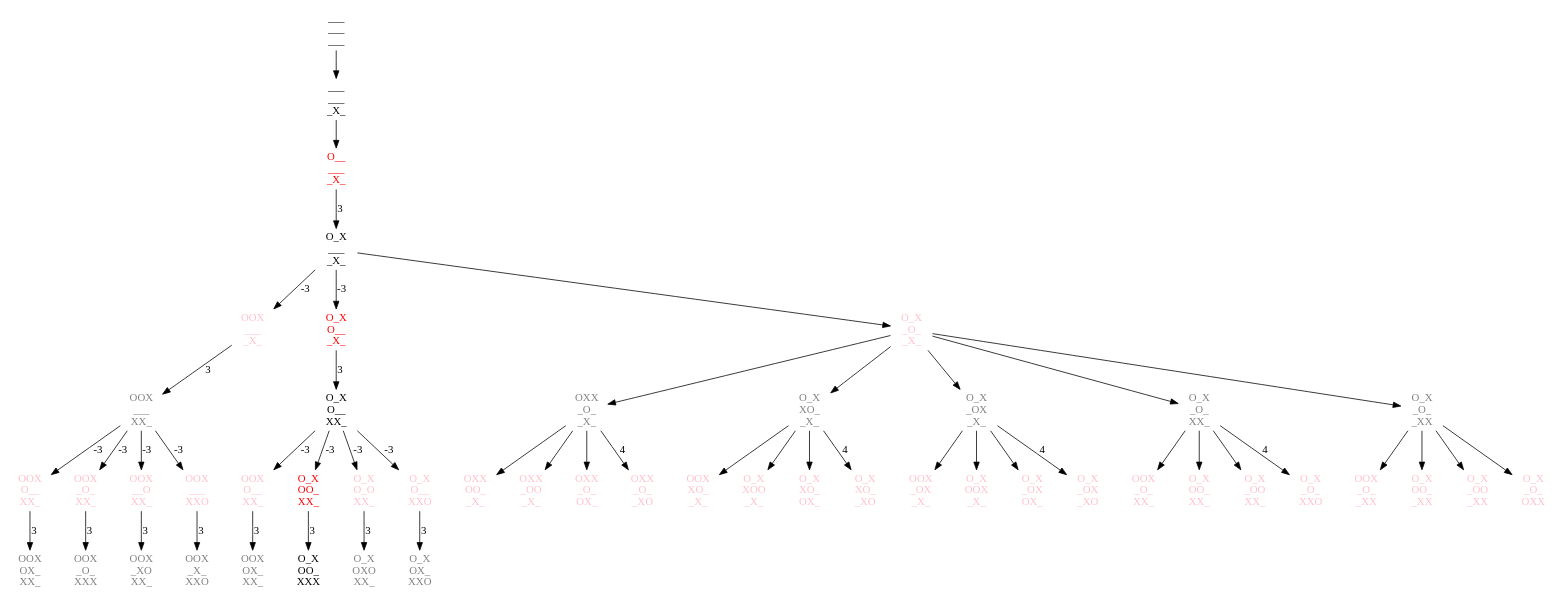
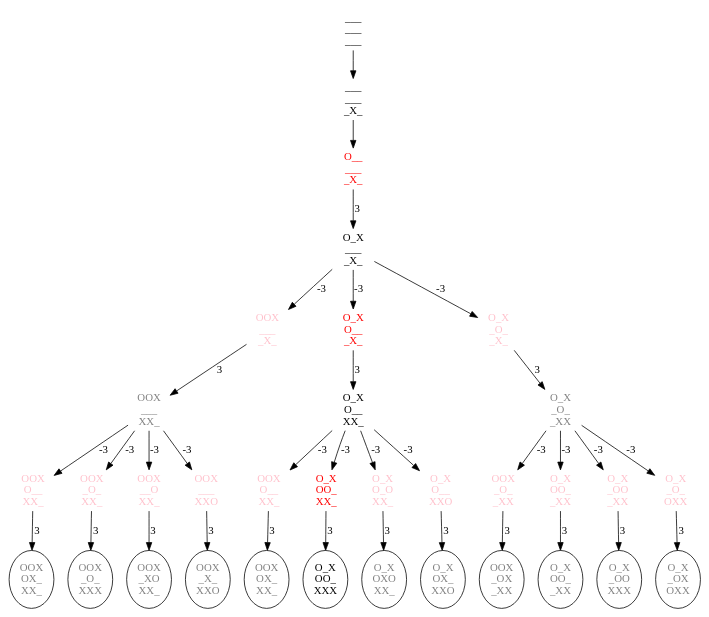
The diagram in monikas_game.dot (tybl/monorepo), drawn with Graphviz before and after one commit.

Commit message:
Explore a7024

```diff
--- a/monikas_game.dot
+++ b/monikas_game.dot
@@ -1,103 +1,115 @@
 digraph G {
   Empty [fontname="mono" fontcolor="black" shape=none label="___\n___\n___"];
   M7 [fontname="mono" fontcolor="black" shape=none label="___\n___\n_X_"];
   Empty -> M7;
   A70 [fontname="mono" fontcolor="red" shape=none label="O__\n___\n_X_"];
   M7 -> A70;
   M702 [fontname="mono" fontcolor="black" shape=none label="O_X\n___\n_X_"];
   A70 -> M702 [label="3"];
   a7021 [fontname="mono" fontcolor="pink" shape=none label="OOX\n___\n_X_"];
   M702 -> a7021 [label="-3"];
   m70216 [fontname="mono" fontcolor="grey" shape=none label="OOX\n___\nXX_"];
   a7021 -> m70216 [label="3"];
   a702163 [fontname="mono" fontcolor="pink" shape=none label="OOX\nO__\nXX_"];
   m70216 -> a702163 [label="-3"];
-  m7021634 [fontname="mono" fontcolor="grey" shape=none label="OOX\nOX_\nXX_"];
+  m7021634 [fontname="mono" fontcolor="grey" label="OOX\nOX_\nXX_"];
   a702163 -> m7021634 [label="3"];
   a702164 [fontname="mono" fontcolor="pink" shape=none label="OOX\n_O_\nXX_"];
   m70216 -> a702164 [label="-3"];
-  m7021648 [fontname="mono" fontcolor="grey" shape=none label="OOX\n_O_\nXXX"];
+  m7021648 [fontname="mono" fontcolor="grey" label="OOX\n_O_\nXXX"];
   a702164 ->m7021648 [label="3"];
   a702165 [fontname="mono" fontcolor="pink" shape=none label="OOX\n__O\nXX_"];
   m70216 -> a702165 [label="-3"];
-  m7021654 [fontname="mono" fontcolor="grey" shape=none label="OOX\n_XO\nXX_"];
+  m7021654 [fontname="mono" fontcolor="grey" label="OOX\n_XO\nXX_"];
   a702165 -> m7021654 [label="3"];
   a702168 [fontname="mono" fontcolor="pink" shape=none label="OOX\n___\nXXO"];
   m70216 -> a702168 [label="-3"];
-  m7021684 [fontname="mono" fontcolor="grey" shape=none label="OOX\n_X_\nXXO"];
+  m7021684 [fontname="mono" fontcolor="grey" label="OOX\n_X_\nXXO"];
   a702168 -> m7021684 [label="3"];
 
   A7023 [fontname="mono" fontcolor="red" shape=none label="O_X\nO__\n_X_"];
   M702 -> A7023 [label="-3"];
   M70236 [fontname="mono" fontcolor="black" shape=none label="O_X\nO__\nXX_"];
   A7023 -> M70236 [label="3"];
   a702361 [fontname="mono" fontcolor="pink" shape=none label="OOX\nO__\nXX_"];
   M70236 -> a702361 [label="-3"];
-  m7023614 [fontname="mono" fontcolor="grey" shape=none label="OOX\nOX_\nXX_"];
+  m7023614 [fontname="mono" fontcolor="grey" label="OOX\nOX_\nXX_"];
   a702361 -> m7023614 [label="3"];
   A702364 [fontname="mono" fontcolor="red" shape=none label="O_X\nOO_\nXX_"];
   M70236 -> A702364 [label="-3"];
-  M7023648 [fontname="mono" fontcolor="black" shape=none label="O_X\nOO_\nXXX"];
+  M7023648 [fontname="mono" fontcolor="black" label="O_X\nOO_\nXXX"];
   A702364 -> M7023648 [label="3"];
   a702365 [fontname="mono" fontcolor="pink" shape=none label="O_X\nO_O\nXX_"];
   M70236 -> a702365 [label="-3"];
-  m7023654 [fontname="mono" fontcolor="grey" shape=none label="O_X\nOXO\nXX_"];
+  m7023654 [fontname="mono" fontcolor="grey" label="O_X\nOXO\nXX_"];
   a702365 -> m7023654 [label="3"];
   a702368 [fontname="mono" fontcolor="pink" shape=none label="O_X\nO__\nXXO"];
   M70236 -> a702368 [label="-3"];
-  m7023684 [fontname="mono" fontcolor="grey" shape=none label="O_X\nOX_\nXXO"];
+  m7023684 [fontname="mono" fontcolor="grey" label="O_X\nOX_\nXXO"];
   a702368 -> m7023684 [label="3"];
 
   a7024 [fontname="mono" fontcolor="pink" shape=none label="O_X\n_O_\n_X_"];
-  M702 -> a7024;
-  m70241 [fontname="mono" fontcolor="grey" shape=none label="OXX\n_O_\n_X_"];
-  a7024 -> m70241;
-  a702413 [fontname="mono" fontcolor="pink" shape=none label="OXX\nOO_\n_X_"];
-  m70241 -> a702413;
-  a702415 [fontname="mono" fontcolor="pink" shape=none label="OXX\n_OO\n_X_"];
-  m70241 -> a702415;
-  a702416 [fontname="mono" fontcolor="pink" shape=none label="OXX\n_O_\nOX_"];
-  m70241 -> a702416;
-  a702418 [fontname="mono" fontcolor="pink" shape=none label="OXX\n_O_\n_XO"];
-  m70241 -> a702418 [label="4"];
-  m70243 [fontname="mono" fontcolor="grey" shape=none label="O_X\nXO_\n_X_"];
-  a7024 -> m70243;
-  a702431 [fontname="mono" fontcolor="pink" shape=none label="OOX\nXO_\n_X_"];
-  m70243 -> a702431;
-  a702435 [fontname="mono" fontcolor="pink" shape=none label="O_X\nXOO\n_X_"];
-  m70243 -> a702435;
-  a702436 [fontname="mono" fontcolor="pink" shape=none label="O_X\nXO_\nOX_"];
-  m70243 -> a702436;
-  a702438 [fontname="mono" fontcolor="pink" shape=none label="O_X\nXO_\n_XO"];
-  m70243 -> a702438 [label="4"];
-  m70245 [fontname="mono" fontcolor="grey" shape=none label="O_X\n_OX\n_X_"];
-  a7024 -> m70245;
-  a702451 [fontname="mono" fontcolor="pink" shape=none label="OOX\n_OX\n_X_"];
-  m70245 -> a702451;
-  a702453 [fontname="mono" fontcolor="pink" shape=none label="O_X\nOOX\n_X_"];
-  m70245 -> a702453;
-  a702456 [fontname="mono" fontcolor="pink" shape=none label="O_X\n_OX\nOX_"];
-  m70245 -> a702456;
-  a702458 [fontname="mono" fontcolor="pink" shape=none label="O_X\n_OX\n_XO"];
-  m70245 -> a702458 [label="4"];
-  m70246 [fontname="mono" fontcolor="grey" shape=none label="O_X\n_O_\nXX_"];
-  a7024 -> m70246;
-  a702461 [fontname="mono" fontcolor="pink" shape=none label="OOX\n_O_\nXX_"];
-  m70246 -> a702461;
-  a702463 [fontname="mono" fontcolor="pink" shape=none label="O_X\nOO_\nXX_"];
-  m70246 -> a702463;
-  a702465 [fontname="mono" fontcolor="pink" shape=none label="O_X\n_OO\nXX_"];
-  m70246 -> a702465;
-  a702468 [fontname="mono" fontcolor="pink" shape=none label="O_X\n_O_\nXXO"];
-  m70246 -> a702468 [label="4"];
+  M702 -> a7024 [label="-3"];
+  //m70241 [fontname="mono" fontcolor="grey" shape=none label="OXX\n_O_\n_X_"];
+  //a7024 -> m70241 [label="-4"];
+  ////a702413 [fontname="mono" fontcolor="pink" shape=none label="OXX\nOO_\n_X_"];
+  ////m70241 -> a702413;
+  ////a702415 [fontname="mono" fontcolor="pink" shape=none label="OXX\n_OO\n_X_"];
+  ////m70241 -> a702415;
+  ////a702416 [fontname="mono" fontcolor="pink" shape=none label="OXX\n_O_\nOX_"];
+  ////m70241 -> a702416;
+  //a702418 [fontname="mono" fontcolor="pink" shape=none label="OXX\n_O_\n_XO"];
+  //m70241 -> a702418 [label="4"];
+  //m70243 [fontname="mono" fontcolor="grey" shape=none label="O_X\nXO_\n_X_"];
+  //a7024 -> m70243 [label="-4"];
+  ////a702431 [fontname="mono" fontcolor="pink" shape=none label="OOX\nXO_\n_X_"];
+  ////m70243 -> a702431;
+  ////a702435 [fontname="mono" fontcolor="pink" shape=none label="O_X\nXOO\n_X_"];
+  ////m70243 -> a702435;
+  ////a702436 [fontname="mono" fontcolor="pink" shape=none label="O_X\nXO_\nOX_"];
+  ////m70243 -> a702436;
+  //a702438 [fontname="mono" fontcolor="pink" shape=none label="O_X\nXO_\n_XO"];
+  //m70243 -> a702438 [label="4"];
+  //m70245 [fontname="mono" fontcolor="grey" shape=none label="O_X\n_OX\n_X_"];
+  //a7024 -> m70245 [label="-4"];
+  ////a702451 [fontname="mono" fontcolor="pink" shape=none label="OOX\n_OX\n_X_"];
+  ////m70245 -> a702451;
+  ////a702453 [fontname="mono" fontcolor="pink" shape=none label="O_X\nOOX\n_X_"];
+  ////m70245 -> a702453;
+  ////a702456 [fontname="mono" fontcolor="pink" shape=none label="O_X\n_OX\nOX_"];
+  ////m70245 -> a702456;
+  //a702458 [fontname="mono" fontcolor="pink" shape=none label="O_X\n_OX\n_XO"];
+  //m70245 -> a702458 [label="4"];
+  //m70246 [fontname="mono" fontcolor="grey" shape=none label="O_X\n_O_\nXX_"];
+  //a7024 -> m70246 [label="-4"];
+  ////a702461 [fontname="mono" fontcolor="pink" shape=none label="OOX\n_O_\nXX_"];
+  ////m70246 -> a702461;
+  ////a702463 [fontname="mono" fontcolor="pink" shape=none label="O_X\nOO_\nXX_"];
+  ////m70246 -> a702463;
+  ////a702465 [fontname="mono" fontcolor="pink" shape=none label="O_X\n_OO\nXX_"];
+  ////m70246 -> a702465;
+  //a702468 [fontname="mono" fontcolor="pink" shape=none label="O_X\n_O_\nXXO"];
+  //m70246 -> a702468 [label="4"];
   m70248 [fontname="mono" fontcolor="grey" shape=none label="O_X\n_O_\n_XX"];
-  a7024 -> m70248;
+  a7024 -> m70248 [label="3"];
   a702481 [fontname="mono" fontcolor="pink" shape=none label="OOX\n_O_\n_XX"];
-  m70248 -> a702481;
+  m70248 -> a702481 [label="-3"];
+  //m7024813 [fontname="mono" fontcolor="grey" shape=none label="OOX\nXO_\n_XX"];
+  //a702481 -> m7024813;
+  m7024815 [fontname="mono" fontcolor="grey" label="OOX\n_OX\n_XX"];
+  a702481 -> m7024815 [label="3"];
+  //m7024816 [fontname="mono" fontcolor="grey" shape=none label="OOX\n_O_\nXXX"];
+  //a702481 -> m7024816;
   a702483 [fontname="mono" fontcolor="pink" shape=none label="O_X\nOO_\n_XX"];
-  m70248 -> a702483;
+  m70248 -> a702483 [label="-3"];
+  m7024835 [fontname="mono" fontcolor="grey" label="O_X\nOO_\n_XX"];
+  a702483 -> m7024835 [label="3"];
   a702485 [fontname="mono" fontcolor="pink" shape=none label="O_X\n_OO\n_XX"];
-  m70248 -> a702485;
+  m70248 -> a702485 [label="-3"];
+  m7024856 [fontname="mono" fontcolor="grey" label="O_X\n_OO\nXXX"];
+  a702485 -> m7024856 [label="3"];
   a702486 [fontname="mono" fontcolor="pink" shape=none label="O_X\n_O_\nOXX"];
-  m70248 -> a702486;
+  m70248 -> a702486 [label="-3"];
+  m7024865 [fontname="mono" fontcolor="grey" label="O_X\n_OX\nOXX"];
+  a702486 -> m7024865 [label="3"];
 }
```
